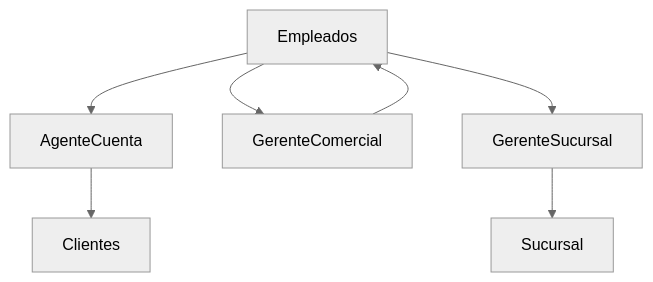
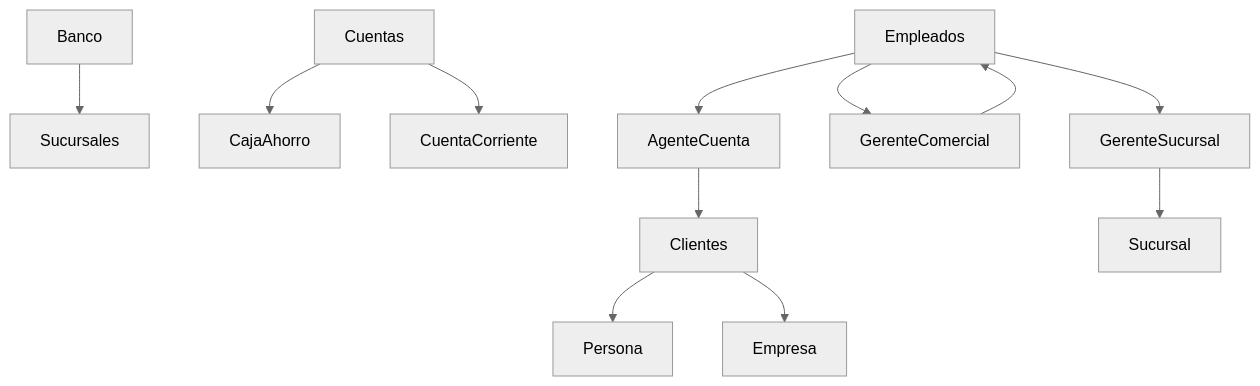
The diagram in banco_relaciones.md (C215714N/EducacionIT), drawn with Mermaid (neutral theme) before and after one commit. The commit also changed other lines of this file and 1 other file, not shown here.

````diff
--- a/banco_relaciones.md
+++ b/banco_relaciones.md
@@ -20,6 +3,11 @@
 ```mermaid
 graph TD;
+    Banco-->Sucursales;
+    Clientes-->Persona;
+    Clientes-->Empresa;
+    Cuentas-->CajaAhorro;
+    Cuentas-->CuentaCorriente;
     Empleados-->AgenteCuenta-->Clientes;
     Empleados-->GerenteComercial-->Empleados;
     Empleados-->GerenteSucursal-->Sucursal;
 ```
````
